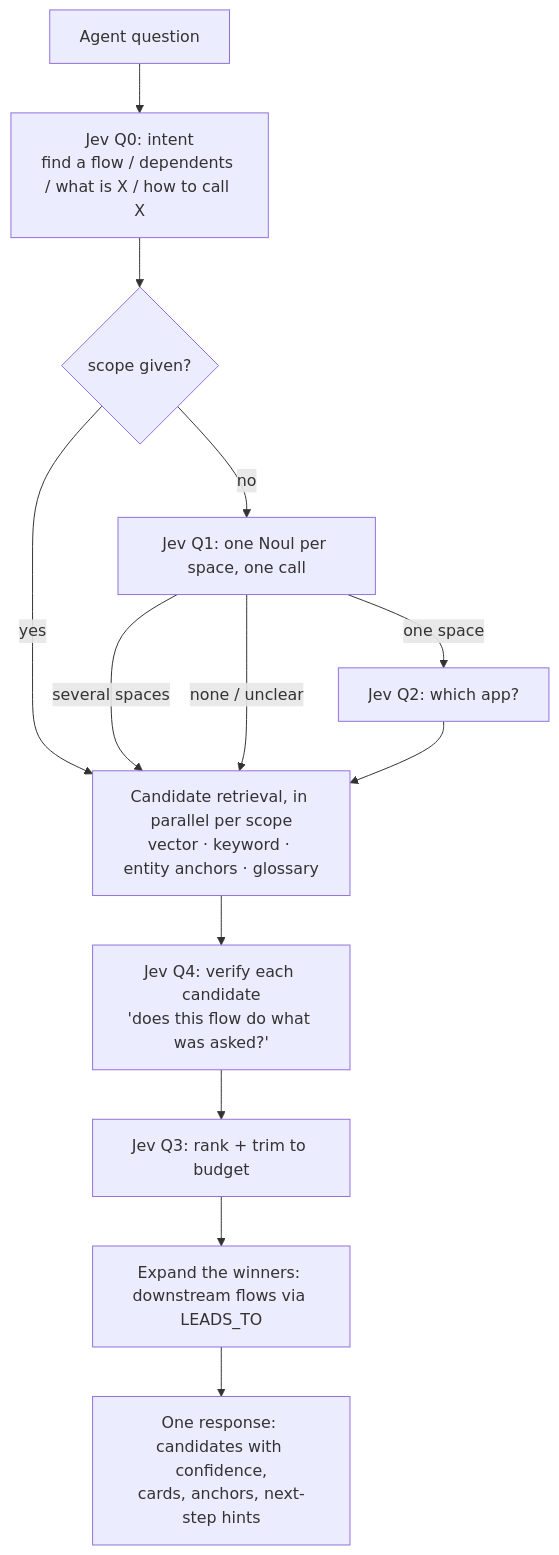
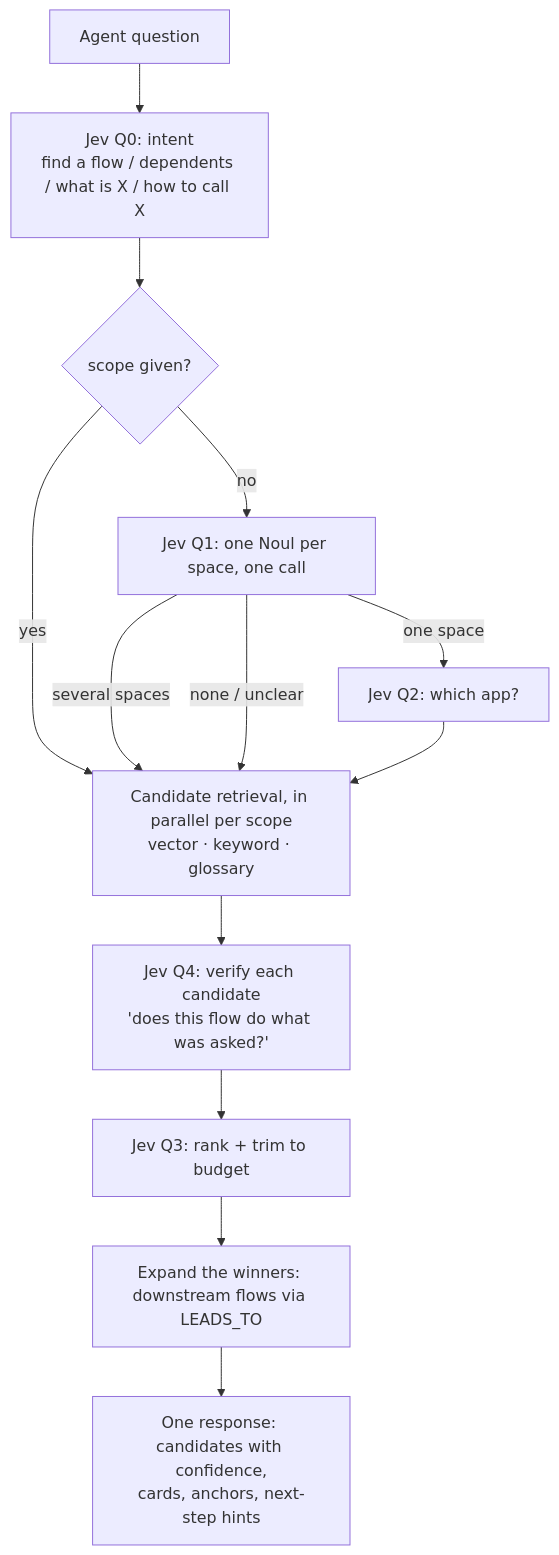
The diagram in docs/retrieval-and-mcp.md (KBavis/steno), drawn with Mermaid before and after one commit. The commit also changed other lines of this file and 5 other files, not shown here.

````diff
--- a/docs/retrieval-and-mcp.md
+++ b/docs/retrieval-and-mcp.md
@@ -34,15 +34,15 @@
 ```mermaid
 flowchart TD
     Q[Agent question] --> Q0[Jev Q0: intent<br/>find a flow / dependents / what is X / how to call X]
     Q0 --> SCOPE{scope given?}
     SCOPE -- yes --> RET
     SCOPE -- no --> Q1[Jev Q1: one Noul per space, one call]
     Q1 -- one space --> Q2[Jev Q2: which app?]
     Q1 -- several spaces --> RET
     Q1 -- none / unclear --> RET
-    Q2 --> RET[Candidate retrieval, in parallel per scope<br/>vector · keyword · entity anchors · glossary]
+    Q2 --> RET[Candidate retrieval, in parallel per scope<br/>vector · keyword · glossary]
     RET --> Q4[Jev Q4: verify each candidate<br/>'does this flow do what was asked?']
     Q4 --> Q3[Jev Q3: rank + trim to budget]
     Q3 --> EXP[Expand the winners: downstream flows via LEADS_TO]
     EXP --> RES[One response: candidates with confidence,<br/>cards, anchors, next-step hints]
 ```
````
